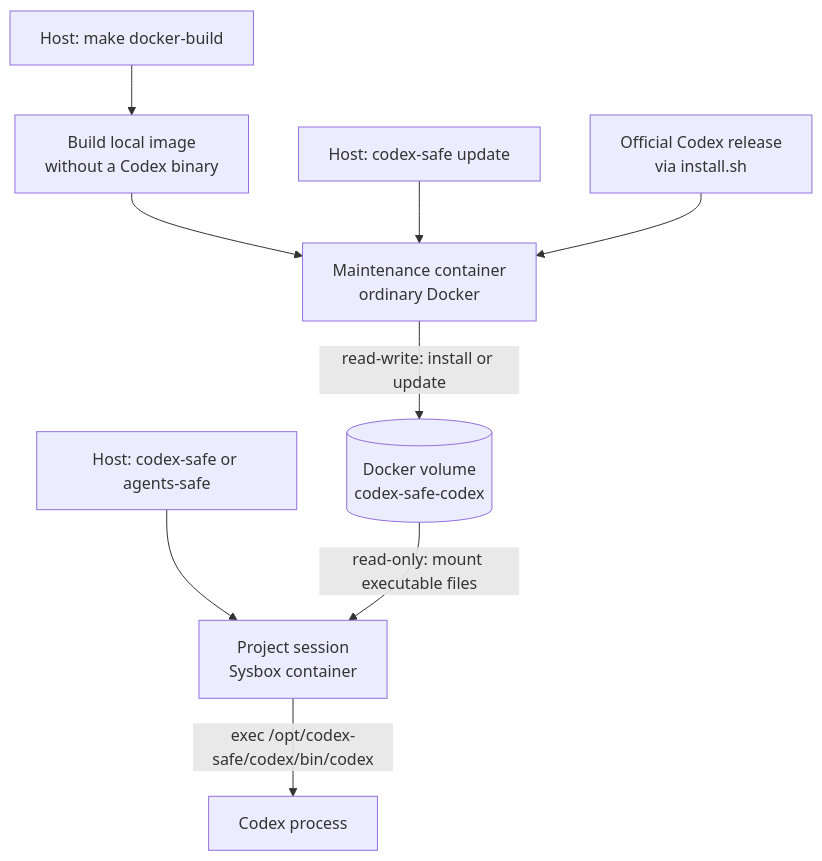
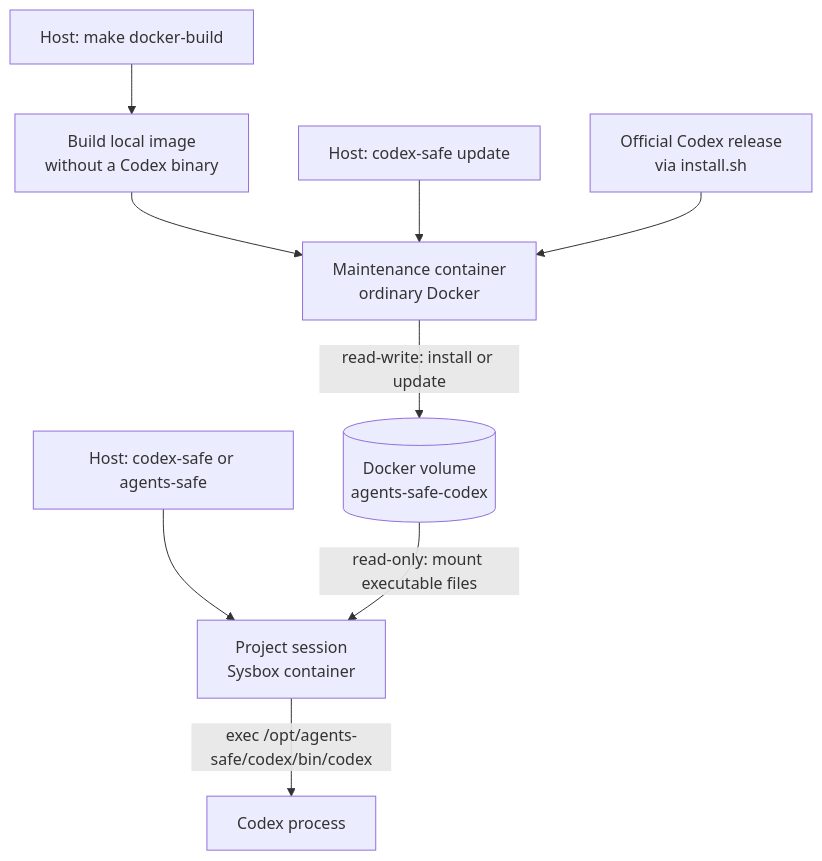
Before and after one commit to vkuptcov/agents-safe-environment: the diagram in docs/design-docs/persistent-codex-installation.md, drawn with Mermaid. The commit also changed other lines of this file and 85 other files, not shown here.

````diff
--- a/docs/design-docs/persistent-codex-installation.md
+++ b/docs/design-docs/persistent-codex-installation.md
@@ -32,12 +32,12 @@
 ```mermaid
 flowchart TB
     BuildCommand["Host: make docker-build"] --> Image["Build local image<br/>without a Codex binary"]
     Image --> Updater["Maintenance container<br/>ordinary Docker"]
     UpdateCommand["Host: codex-safe update"] --> Updater
     Release["Official Codex release<br/>via install.sh"] --> Updater
-    Updater -->|"read-write: install or update"| Volume[("Docker volume<br/>codex-safe-codex")]
+    Updater -->|"read-write: install or update"| Volume[("Docker volume<br/>agents-safe-codex")]
 
     SessionCommand["Host: codex-safe or agents-safe"] --> Session["Project session<br/>Sysbox container"]
     Volume -->|"read-only: mount executable files"| Session
-    Session -->|"exec /opt/codex-safe/codex/bin/codex"| Process["Codex process"]
+    Session -->|"exec /opt/agents-safe/codex/bin/codex"| Process["Codex process"]
 ```
````
